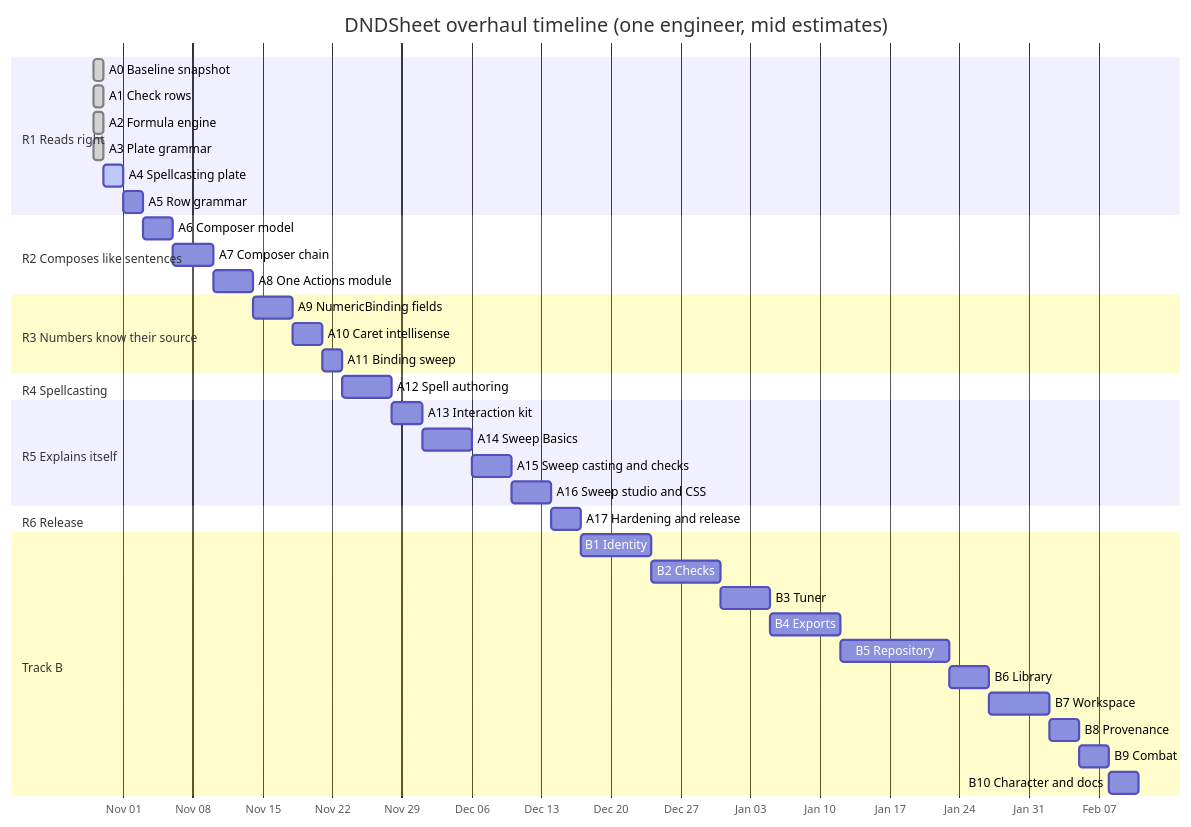
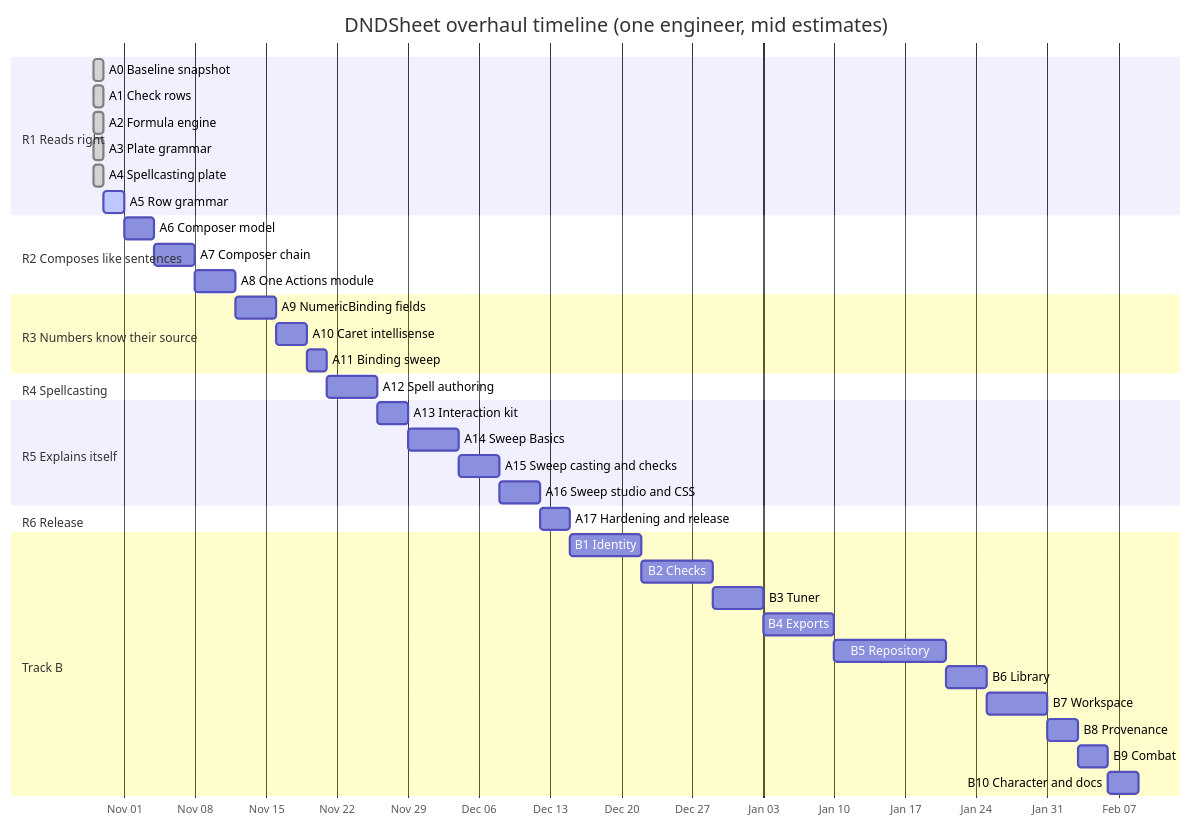
Diagram 31 of 31 in docs/roadmap/DNDSheet-Professional-Product-and-Architecture-Spec.md (ivangarciafilho/DNDSheet), drawn with Mermaid before and after one commit. The commit also changed other lines of this file and 2 other files, not shown here.

Commit message:
docs: record spellcasting closeout and next loop

````diff
--- a/docs/roadmap/DNDSheet-Professional-Product-and-Architecture-Spec.md
+++ b/docs/roadmap/DNDSheet-Professional-Product-and-Architecture-Spec.md
@@ -2511,41 +2517,41 @@
 ```mermaid
 gantt
   title DNDSheet overhaul timeline (one engineer, mid estimates)
   dateFormat YYYY-MM-DD
   axisFormat %b %d
   section R1 Reads right
   A0 Baseline snapshot          :done, a0, 2026-10-29, 1d
   A1 Check rows                 :done, a1, 2026-10-29, 1d
   A2 Formula engine             :done, a2, 2026-10-29, 1d
   A3 Plate grammar              :done, a3, 2026-10-29, 1d
-  A4 Spellcasting plate         :active, a4, 2026-10-30, 2d
-  A5 Row grammar                :a5, after a4, 2d
+  A4 Spellcasting plate         :done, a4, 2026-10-29, 1d
+  A5 Row grammar                :active, a5, 2026-10-30, 2d
   section R2 Composes like sentences
   A6 Composer model             :a6, after a5, 3d
   A7 Composer chain             :a7, after a6, 4d
   A8 One Actions module         :a8, after a7, 4d
   section R3 Numbers know their source
   A9 NumericBinding fields      :a9, after a8, 4d
   A10 Caret intellisense        :a10, after a9, 3d
   A11 Binding sweep             :a11, after a10, 2d
   section R4 Spellcasting
   A12 Spell authoring           :a12, after a11, 5d
   section R5 Explains itself
   A13 Interaction kit           :a13, after a12, 3d
   A14 Sweep Basics              :a14, after a13, 5d
   A15 Sweep casting and checks  :a15, after a14, 4d
   A16 Sweep studio and CSS      :a16, after a15, 4d
   section R6 Release
   A17 Hardening and release     :a17, after a16, 3d
   section Track B
   B1 Identity                   :b1, after a17, 7d
   B2 Checks                     :b2, after b1, 7d
   B3 Tuner                      :b3, after b2, 5d
   B4 Exports                    :b4, after b3, 7d
   B5 Repository                 :b5, after b4, 11d
   B6 Library                    :b6, after b5, 4d
   B7 Workspace                  :b7, after b6, 6d
   B8 Provenance                 :b8, after b7, 3d
   B9 Combat                     :b9, after b8, 3d
   B10 Character and docs        :b10, after b9, 3d
 ```
````
